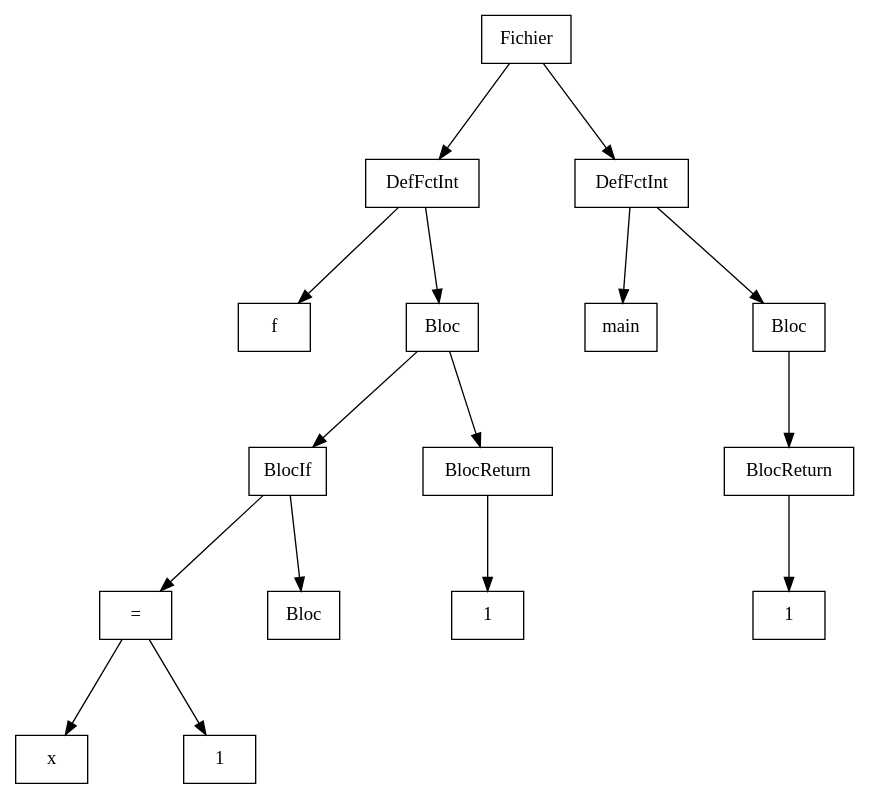
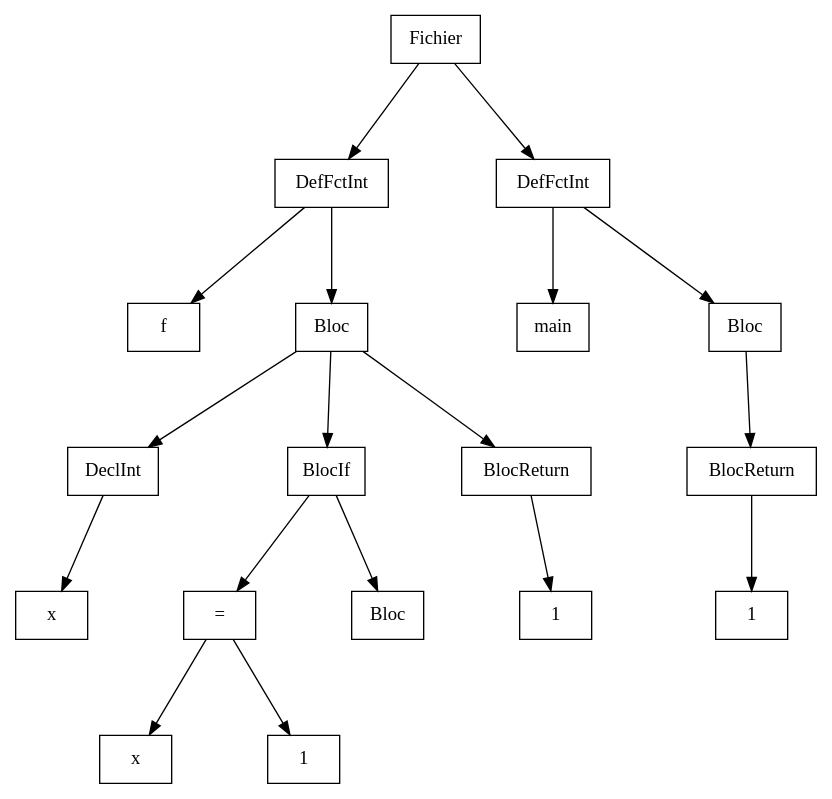
One commit to Hamza-ABDOULHOUSSEN/compil changed the diagram in Code/out/ast/dot/Test_Erreur_Semantique/cond2Y.dot. Above: the diagram before and after it, drawn with Graphviz. The commit also changed 51 other files, not shown here.

```diff
--- a/Code/out/ast/dot/Test_Erreur_Semantique/cond2Y.dot
+++ b/Code/out/ast/dot/Test_Erreur_Semantique/cond2Y.dot
@@ -1,38 +1,42 @@
 digraph "ast"{
 
 	nodesep=1;
 	ranksep=1;
 
 	N0 [label="Fichier", shape="box"];
 	N1 [label="DefFctInt", shape="box"];
 	N2 [label="f", shape="box"];
 	N3 [label="Bloc", shape="box"];
-	N4 [label="BlocIf", shape="box"];
-	N5 [label="=", shape="box"];
-	N6 [label="x", shape="box"];
-	N7 [label="1", shape="box"];
-	N8 [label="Bloc", shape="box"];
-	N9 [label="BlocReturn", shape="box"];
-	N10 [label="1", shape="box"];
-	N11 [label="DefFctInt", shape="box"];
-	N12 [label="main", shape="box"];
-	N13 [label="Bloc", shape="box"];
-	N14 [label="BlocReturn", shape="box"];
-	N15 [label="1", shape="box"];
+	N4 [label="DeclInt", shape="box"];
+	N5 [label="x", shape="box"];
+	N6 [label="BlocIf", shape="box"];
+	N7 [label="=", shape="box"];
+	N8 [label="x", shape="box"];
+	N9 [label="1", shape="box"];
+	N10 [label="Bloc", shape="box"];
+	N11 [label="BlocReturn", shape="box"];
+	N12 [label="1", shape="box"];
+	N13 [label="DefFctInt", shape="box"];
+	N14 [label="main", shape="box"];
+	N15 [label="Bloc", shape="box"];
+	N16 [label="BlocReturn", shape="box"];
+	N17 [label="1", shape="box"];
 
 	N1 -> N2; 
-	N5 -> N6; 
-	N5 -> N7; 
 	N4 -> N5; 
-	N4 -> N8; 
 	N3 -> N4; 
-	N9 -> N10; 
-	N3 -> N9; 
+	N7 -> N8; 
+	N7 -> N9; 
+	N6 -> N7; 
+	N6 -> N10; 
+	N3 -> N6; 
+	N11 -> N12; 
+	N3 -> N11; 
 	N1 -> N3; 
 	N0 -> N1; 
-	N11 -> N12; 
-	N14 -> N15; 
 	N13 -> N14; 
-	N11 -> N13; 
-	N0 -> N11; 
+	N16 -> N17; 
+	N15 -> N16; 
+	N13 -> N15; 
+	N0 -> N13; 
 }
```
